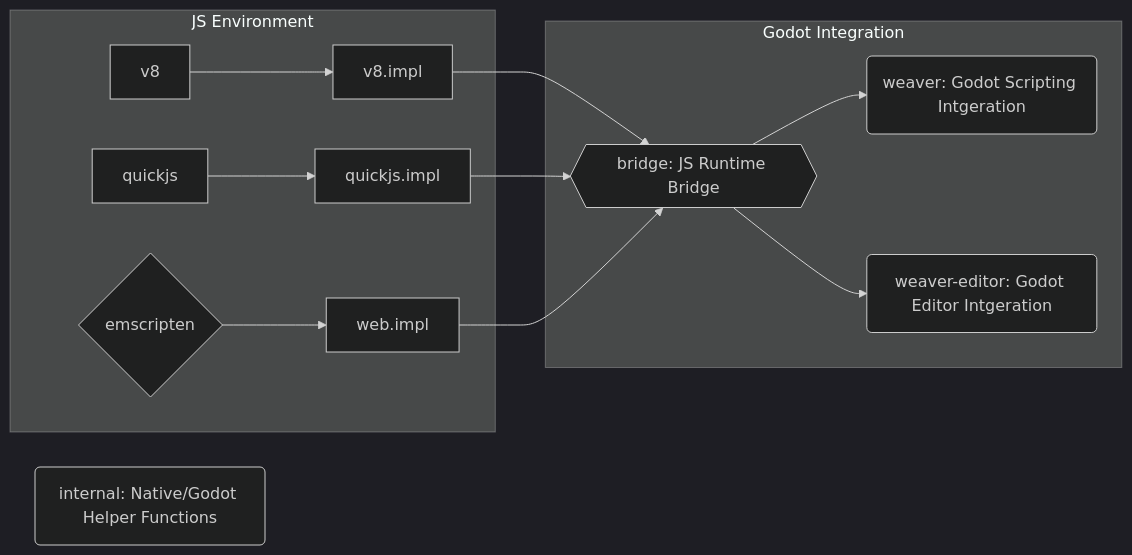
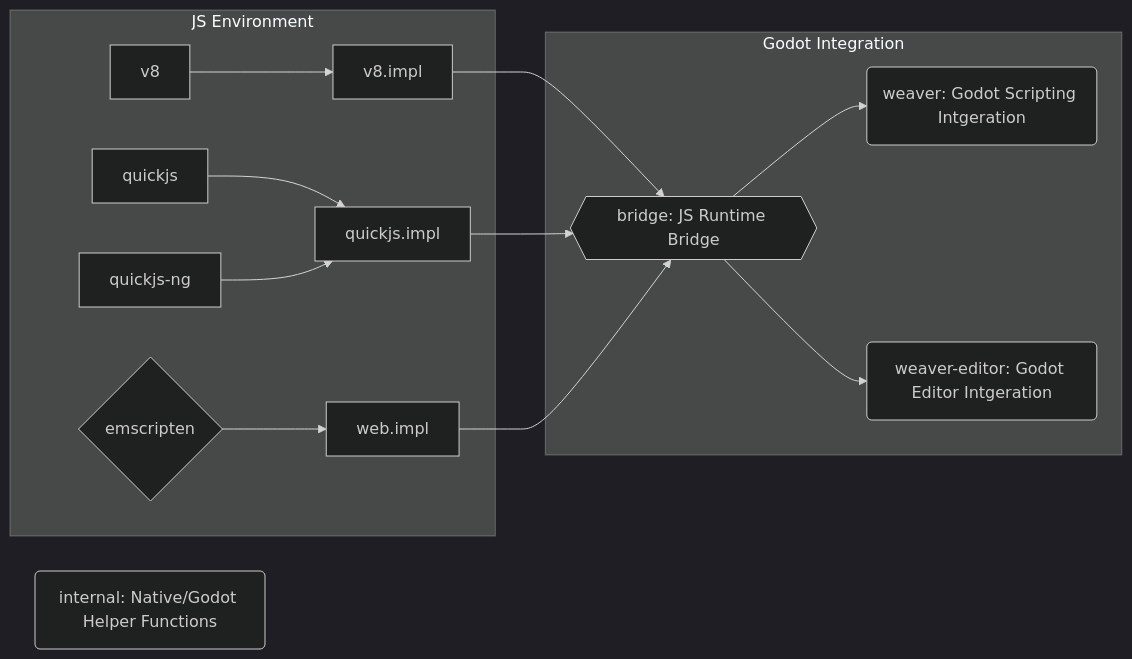
The diagram in docs/misc.md (godotjs/GodotJS), drawn with Mermaid (dark theme) before and after one commit. The commit also changed 19 other files, not shown here.

````diff
--- a/docs/misc.md
+++ b/docs/misc.md
@@ -4,24 +4,25 @@
 ```mermaid
 flowchart LR
 
 subgraph JS Environment
     v8-->v8.impl
     quickjs-->quickjs.impl
+    quickjs-ng-->quickjs.impl
     web{emscripten}-->web.impl
 end 
 
 v8.impl-->bridge
 quickjs.impl-->bridge
 web.impl-->bridge
 
 subgraph Godot Integration
     bridge-->weaver
     bridge-->weaver-editor
 end
 
 bridge{{bridge: JS Runtime Bridge}}
 internal(internal: Native/Godot Helper Functions)
 weaver(weaver: Godot Scripting Intgeration)
 weaver-editor(weaver-editor: Godot Editor Intgeration)
 
 ```
````
